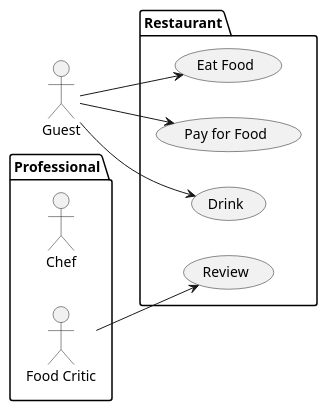
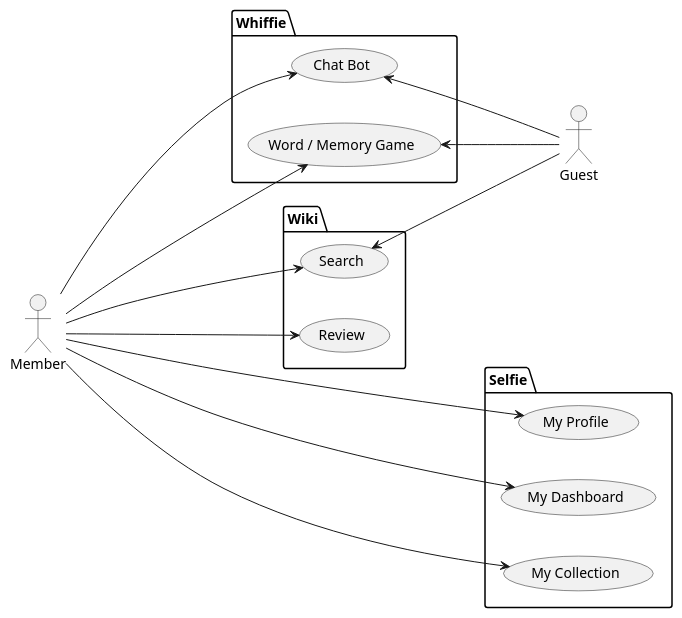
Before and after one commit to pmwong008/PlantUML_boot: the diagram in docs/architecture/tmos_use_case_diagram.puml, drawn with PlantUML. The commit also changed 1 other file, not shown here.

Commit message:
TMOS activity chatbot and usecase diagram added.

```diff
--- a/docs/architecture/tmos_use_case_diagram.puml
+++ b/docs/architecture/tmos_use_case_diagram.puml
@@ -1,18 +1,38 @@
 @startuml
+skinparam nodesep 40
+
 left to right direction
 actor Guest as g
-package Professional {
-  actor Chef as c
-  actor "Food Critic" as fc
+actor Member as m
+
+
+package Whiffie {
+  usecase "Chat Bot" as UC1
+  usecase "Word / Memory Game" as UC2
+
 }
-package Restaurant {
-  usecase "Eat Food" as UC1
-  usecase "Pay for Food" as UC2
-  usecase "Drink" as UC3
+
+package Wiki {
+  usecase "Search" as UC3
   usecase "Review" as UC4
 }
-fc --> UC4
-g --> UC1
-g --> UC2
-g --> UC3
+
+package Selfie {
+  usecase "My Profile" as UC5
+  usecase "My Dashboard" as UC6
+  usecase "My Collection" as UC7
+
+}
+
+UC1 <-- g
+UC2 <-- g
+UC3 <-- g
+m --> UC1
+
+m ----> UC2
+m ----> UC3
+m ----> UC4
+m -----> UC5
+m -----> UC6
+m -----> UC7
 @enduml
```
